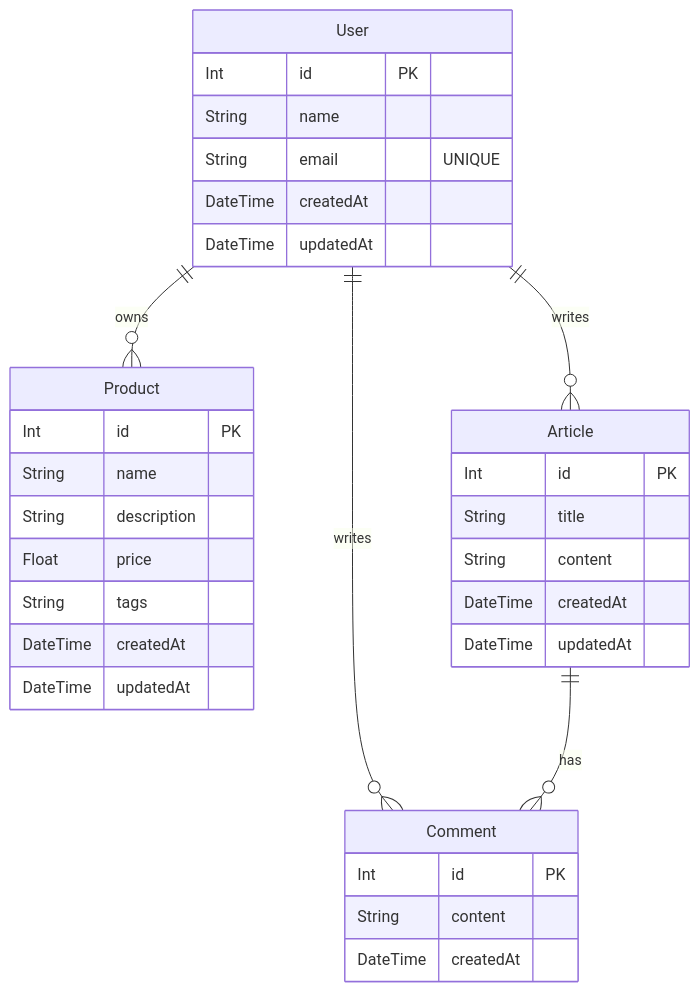
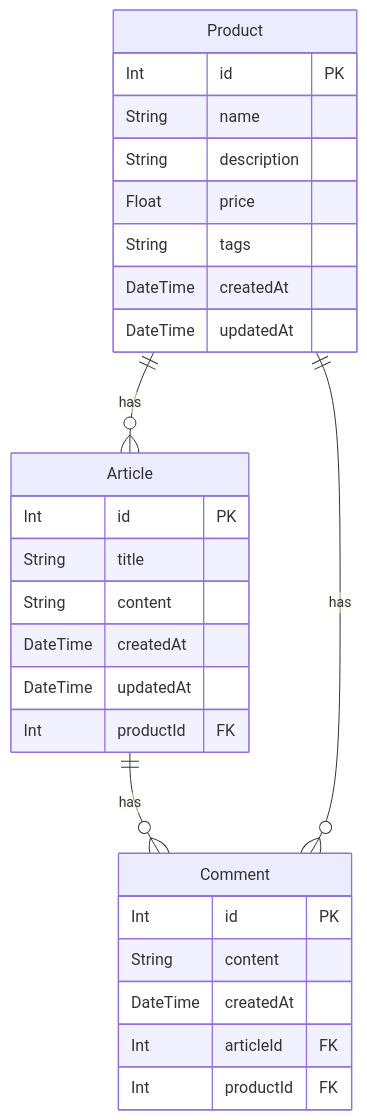
Before and after one commit to singnyeo/nb2-missions: the diagram in 02-secondHandMarket/ERD.md, drawn with Mermaid. The commit also changed 2 other files, not shown here.

Commit message:
User 테이블 삭제

````diff
--- a/02-secondHandMarket/ERD.md
+++ b/02-secondHandMarket/ERD.md
@@ -3,35 +3,31 @@
 ```mermaid
 erDiagram
-  User {
-    Int id PK
-    String name
-    String email "UNIQUE"
-    DateTime createdAt
-    DateTime updatedAt
-  }
   Product {
     Int id PK
     String name
     String description
     Float price
     String tags
     DateTime createdAt
     DateTime updatedAt
   }
   Article {
     Int id PK
     String title
     String content
     DateTime createdAt
     DateTime updatedAt
+    Int productId FK
   }
   Comment {
     Int id PK
     String content
     DateTime createdAt
+    Int articleId FK
+    Int productId FK
   }
-  User ||--o{ Article : writes
-  User ||--o{ Comment : writes
-  User ||--o{ Product : owns
+
+  Product ||--o{ Article : has
   Article ||--o{ Comment : has
+  Product ||--o{ Comment : has
 ```
````
